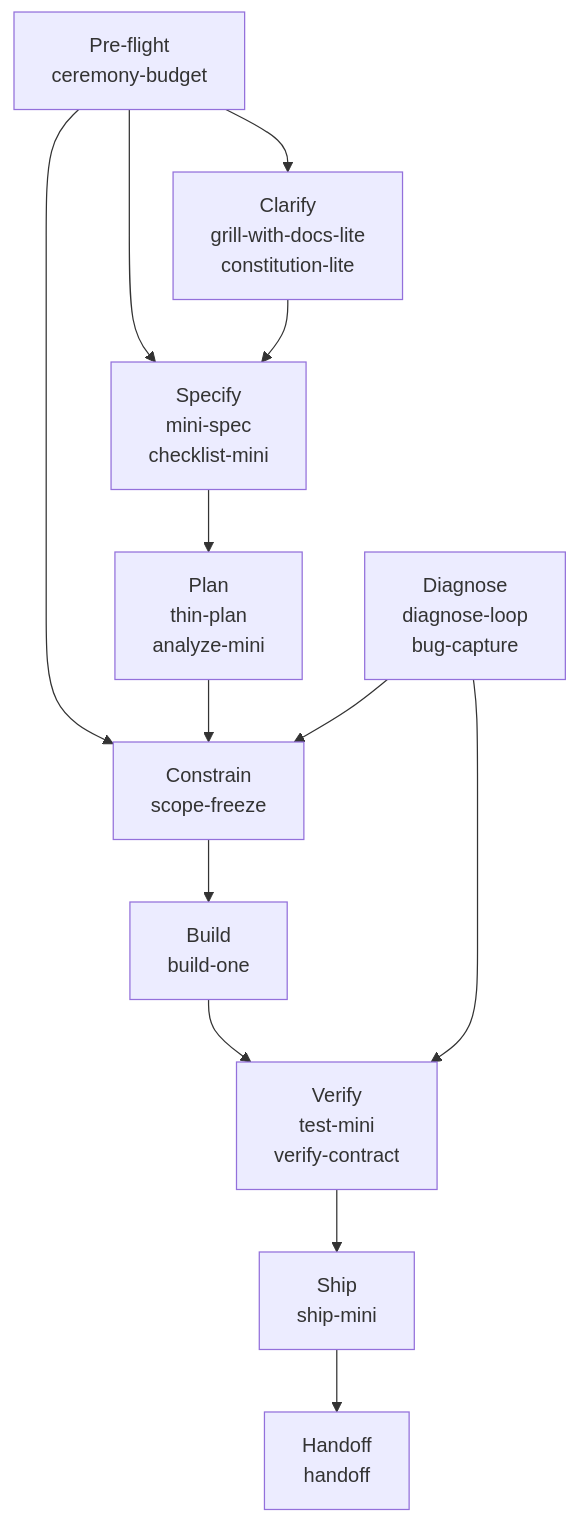
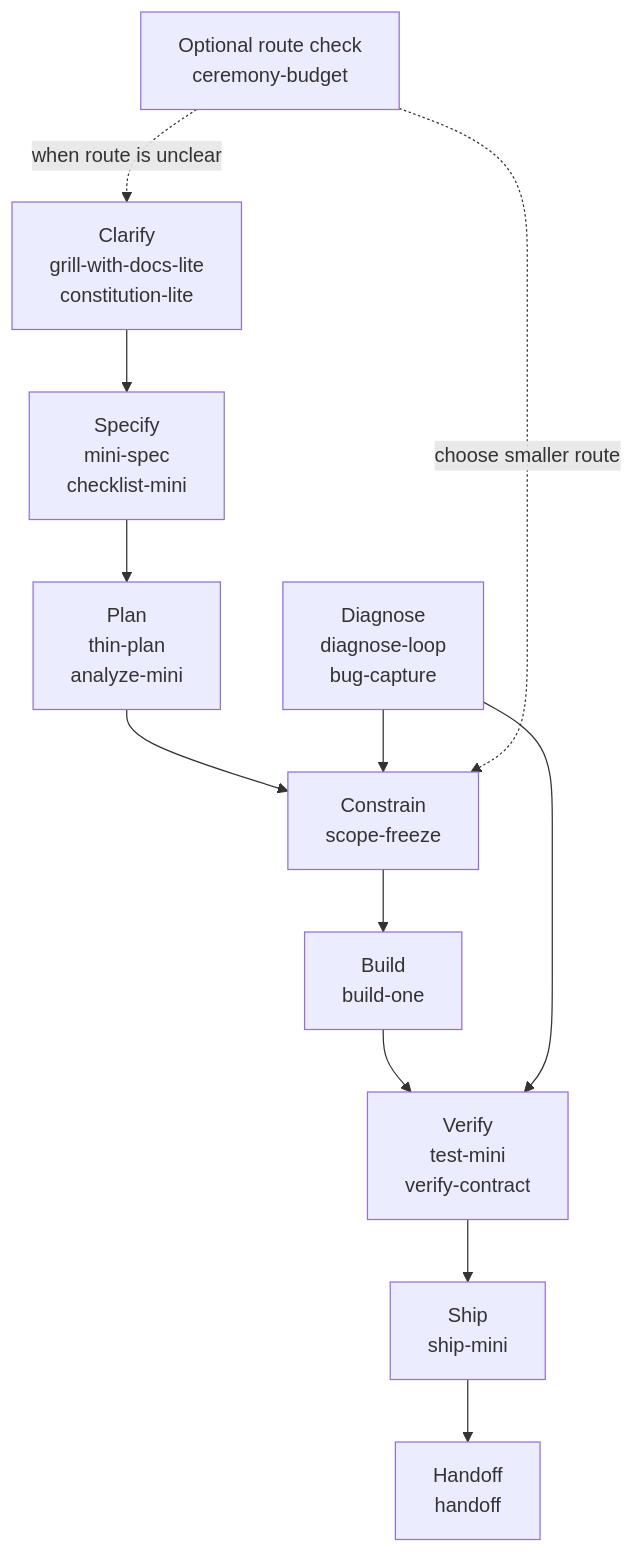
The first of 2 diagrams in docs/skill-map.md (tmusser/ai-engineering-skills), drawn with Mermaid before and after one commit.

Commit message:
Demote ceremony-budget in skill map diagram

````diff
--- a/docs/skill-map.md
+++ b/docs/skill-map.md
@@ -7,15 +7,14 @@
 ```mermaid
 flowchart TD
-  A["Pre-flight<br/>ceremony-budget"] --> B["Clarify<br/>grill-with-docs-lite<br/>constitution-lite"]
-  A --> C["Specify<br/>mini-spec<br/>checklist-mini"]
-  A --> D["Constrain<br/>scope-freeze"]
-  B --> C
-  C --> E["Plan<br/>thin-plan<br/>analyze-mini"]
-  E --> D
-  D --> F["Build<br/>build-one"]
-  F --> G["Verify<br/>test-mini<br/>verify-contract"]
-  G --> H["Ship<br/>ship-mini"]
-  H --> I["Handoff<br/>handoff"]
-  J["Diagnose<br/>diagnose-loop<br/>bug-capture"] --> D
-  J --> G
+  A["Clarify<br/>grill-with-docs-lite<br/>constitution-lite"] --> B["Specify<br/>mini-spec<br/>checklist-mini"]
+  B --> C["Plan<br/>thin-plan<br/>analyze-mini"]
+  C --> D["Constrain<br/>scope-freeze"]
+  D --> E["Build<br/>build-one"]
+  E --> F["Verify<br/>test-mini<br/>verify-contract"]
+  F --> G["Ship<br/>ship-mini"]
+  G --> H["Handoff<br/>handoff"]
+  I["Diagnose<br/>diagnose-loop<br/>bug-capture"] --> D
+  I --> F
+  J["Optional route check<br/>ceremony-budget"] -. "when route is unclear" .-> A
+  J -. "choose smaller route" .-> D
 ```
````
